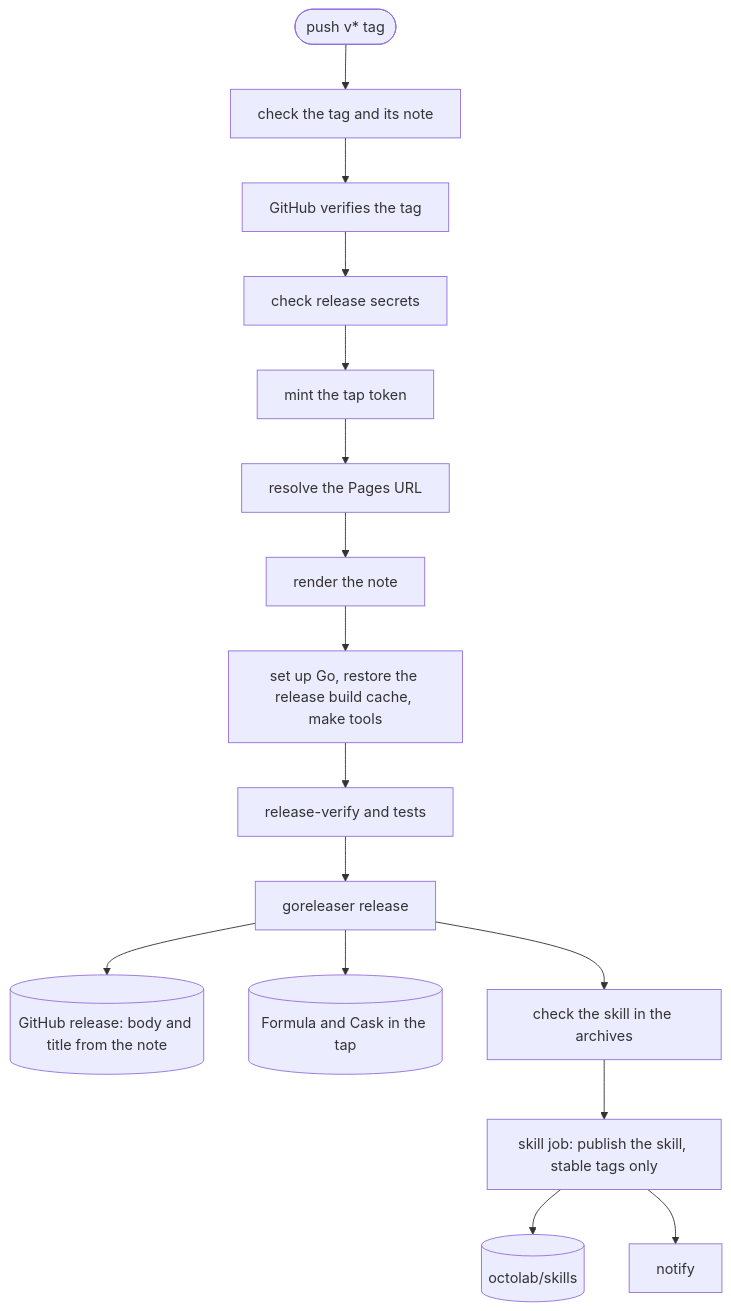
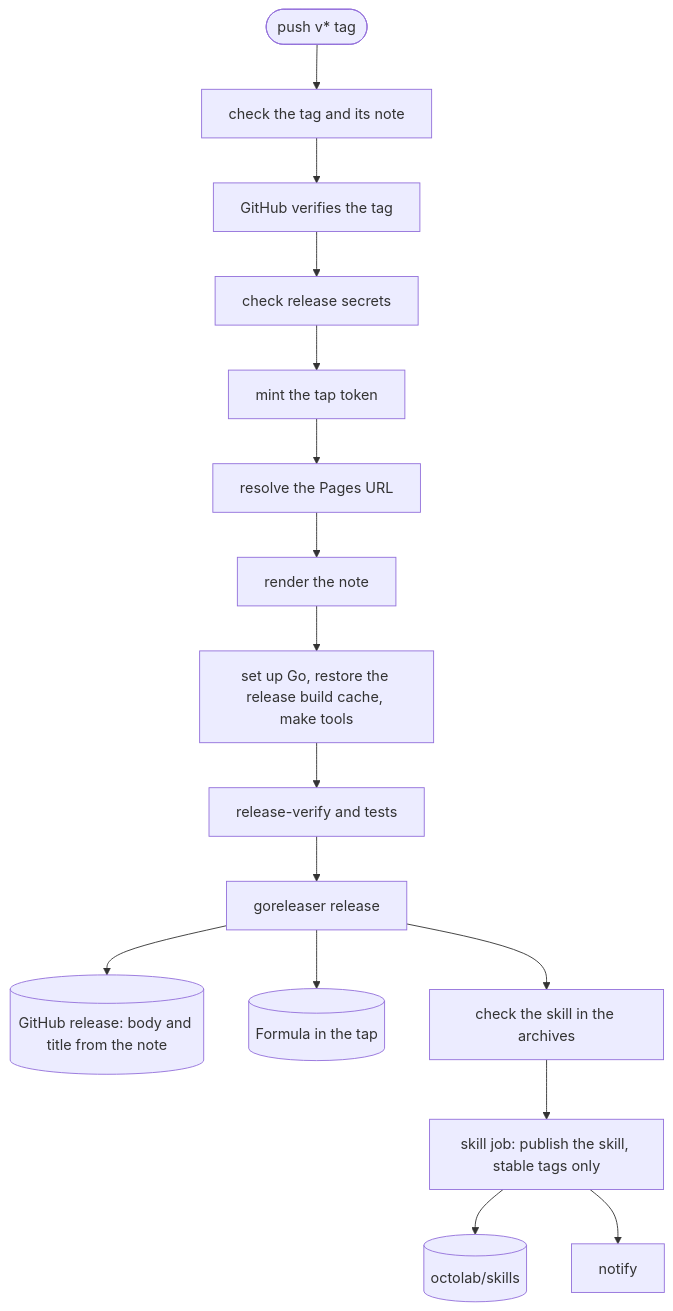
The third of 10 diagrams in .github/workflows/README.md (octomation/maintainer), drawn with Mermaid before and after one commit. The commit also changed other lines of this file and 8 other files, not shown here.

Commit message:
build(homebrew): ship the CLI and the local service in one formula and retire the cask, issue #456

````diff
--- a/.github/workflows/README.md
+++ b/.github/workflows/README.md
@@ -110,10 +110,10 @@
 ```mermaid
 flowchart TB
   tag([push v* tag]) --> check[check the tag and its note] --> signature[GitHub verifies the tag] --> secrets[check release secrets] --> token[mint the tap token] --> pages[resolve the Pages URL] --> render[render the note]
   render --> go[set up Go, restore the release build cache, make tools] --> test[release-verify and tests] --> publish[goreleaser release]
   publish --> release[(GitHub release: body and title from the note)]
-  publish --> tap[(Formula and Cask in the tap)]
+  publish --> tap[(Formula in the tap)]
   publish --> archives[check the skill in the archives]
   archives --> skill[skill job: publish the skill, stable tags only] --> catalog[(octolab/skills)]
   skill --> notify[notify]
 ```
````
